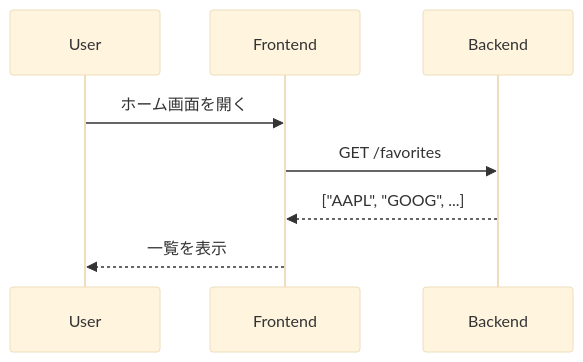
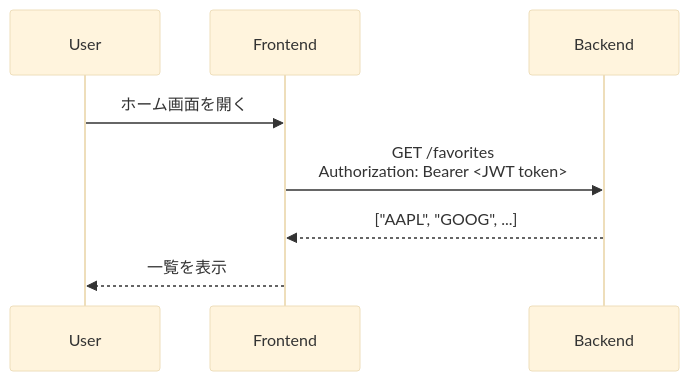
One commit to koki-ymd/stock-viewer changed the fifth of 6 diagrams in docs/architecture.md. Above: the diagram before and after it, drawn with Mermaid (base theme). The commit also changed other lines of this file, not shown here.

Commit message:
docs: update architecture.md to reflect auth jwt

````diff
--- a/docs/architecture.md
+++ b/docs/architecture.md
@@ -353,12 +364,12 @@
 ```mermaid
 sequenceDiagram
   participant U as User
   participant FE as Frontend
   participant BE as Backend
 
   U->>FE: ホーム画面を開く
-  FE->>BE: GET /favorites
+  FE->>BE: GET /favorites <br/> Authorization: Bearer <JWT token>
   BE-->>FE: ["AAPL", "GOOG", ...]
   FE-->>U: 一覧を表示
 
 ```
````
